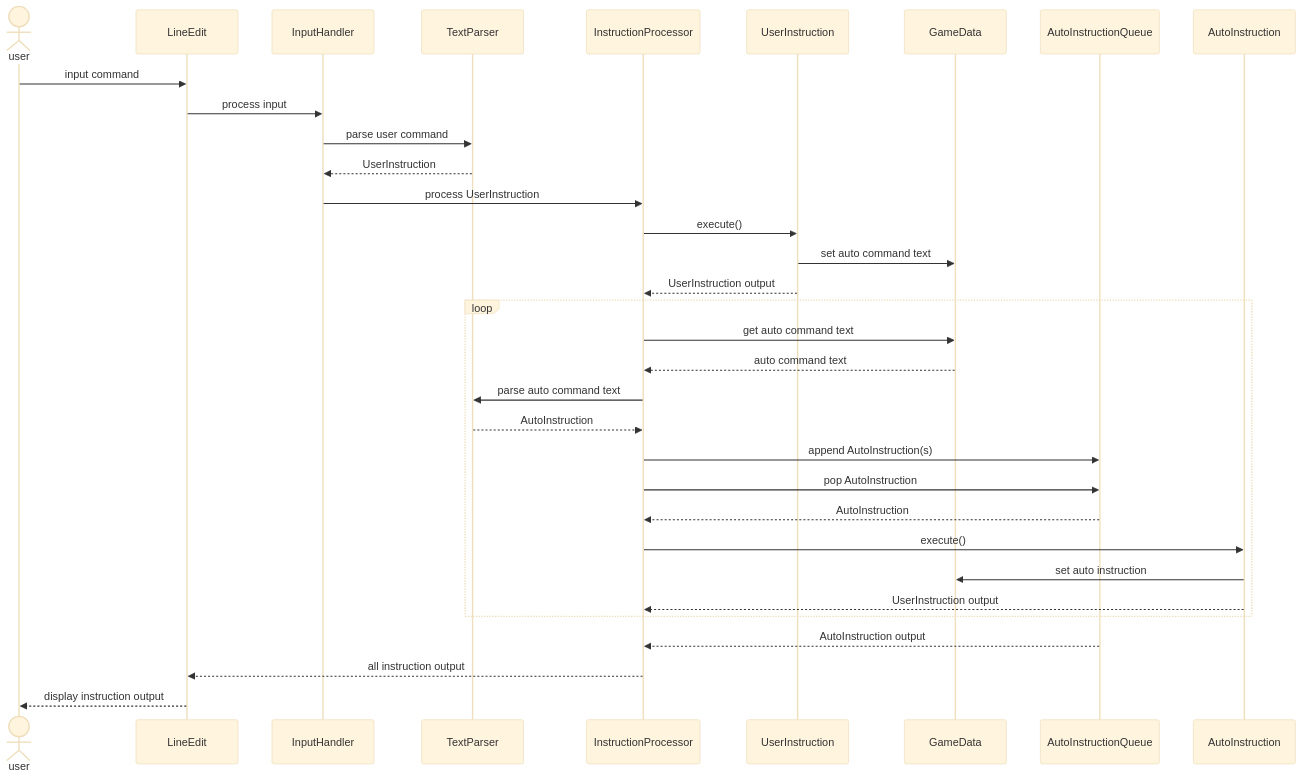
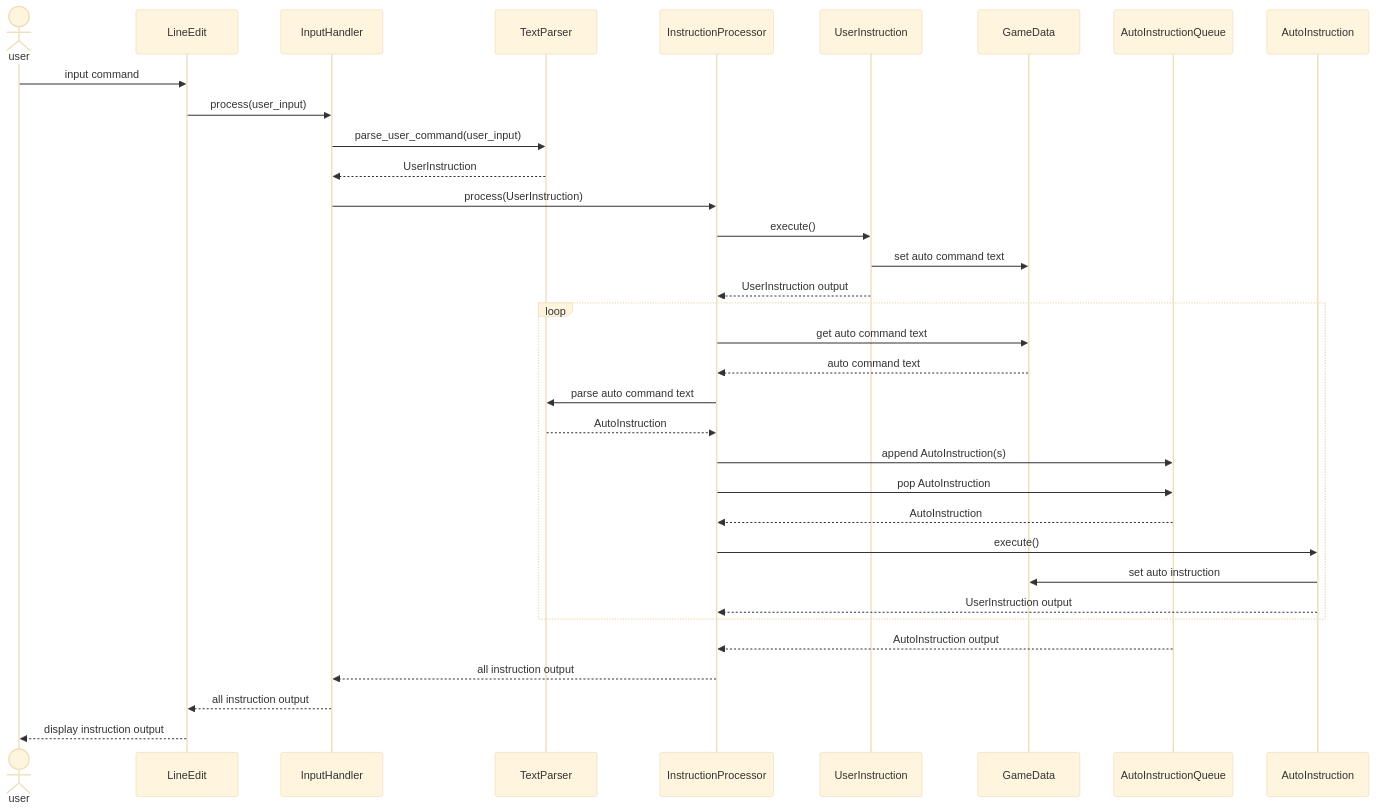
The diagram in _adr/adr-003 instruction processing system.md (narruda789/people-collector-poc), drawn with Mermaid (base theme) before and after one commit. The commit also changed 12 other files, not shown here.

````diff
--- a/_adr/adr-003 instruction processing system.md
+++ b/_adr/adr-003 instruction processing system.md
@@ -15,31 +15,32 @@
 ```mermaid
 sequenceDiagram
   actor user
   participant LineEdit
   participant A as InputHandler
   participant TextParser
   participant B as InstructionProcessor
   user->>LineEdit: input command
-  LineEdit->>A: process input
-  A->>TextParser: parse user command
+  LineEdit->>A: process(user_input)
+  A->>TextParser: parse_user_command(user_input)
   TextParser-->>A: UserInstruction
-  A->>B: process UserInstruction
+  A->>B: process(UserInstruction)
   B->>UserInstruction: execute()
   UserInstruction->>GameData: set auto command text
   UserInstruction-->>B: UserInstruction output
   loop
     B->>GameData: get auto command text
     GameData-->>B: auto command text
     B->>TextParser: parse auto command text
     TextParser-->>B: AutoInstruction
     B->>AutoInstructionQueue: append AutoInstruction(s)
     B->>AutoInstructionQueue: pop AutoInstruction
     AutoInstructionQueue-->>B: AutoInstruction
     B->>AutoInstruction: execute()
     AutoInstruction->>GameData: set auto instruction
     AutoInstruction-->>B: UserInstruction output
   end
   AutoInstructionQueue-->>B: AutoInstruction output
-  B-->>LineEdit: all instruction output
+  B-->>A: all instruction output
+  A-->>LineEdit: all instruction output
   LineEdit-->>user: display instruction output
 ```
````
